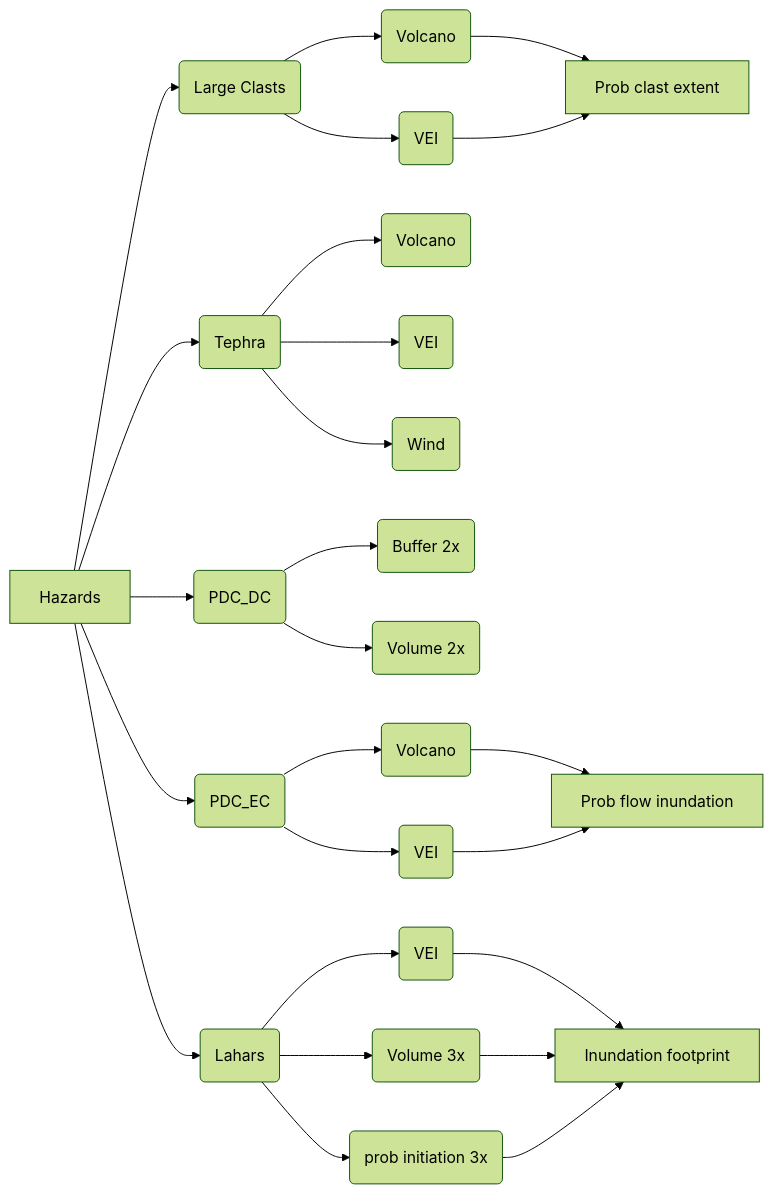
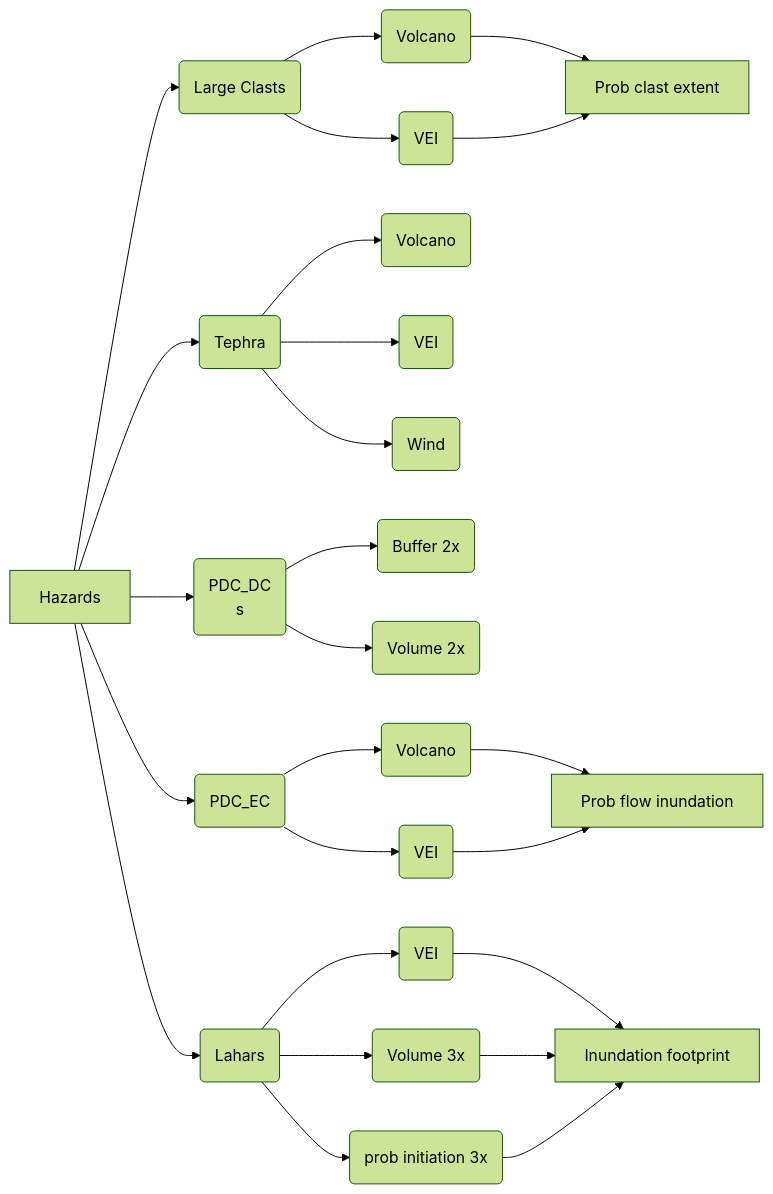
The first of 2 diagrams in workflow.md (vharg/VolcGIS), drawn with Mermaid (forest theme) before and after one commit. The commit also changed other lines of this file and 15 other files, not shown here.

````diff
--- a/workflow.md
+++ b/workflow.md
@@ -1,35 +1,35 @@
 ```mermaid
 graph LR
     Hazards --> A1(Large Clasts);
         A1 --> A2(Volcano);
         A1 --> A3(VEI);
 
         A2 --> A4[Prob clast extent]
         A3 --> A4
 
     Hazards --> B1(Tephra);
         B1 --> B2(Volcano);
         B1 --> B3(VEI);
         B1 --> B4(Wind);
 
-    Hazards --> C1(PDC_DC);
+    Hazards --> C1(PDC_DC<br> s);
         C1 --> C2(Buffer 2x)
         C1 --> C3(Volume 2x)
         
     Hazards --> D1(PDC_EC);;
         D1 --> D2(Volcano);
         D1 --> D3(VEI);
         D2 --> D4[Prob flow inundation]
         D3 --> D4
 
     Hazards --> E1(Lahars);
         E1 --> E2(VEI)
         E1 --> E3(Volume 3x)
         E1 --> E4(prob initiation 3x)
 
         E2 --> E5[Inundation footprint]
         E3 --> E5[Inundation footprint]
         E4 --> E5[Inundation footprint]
 
 
 ```
````
